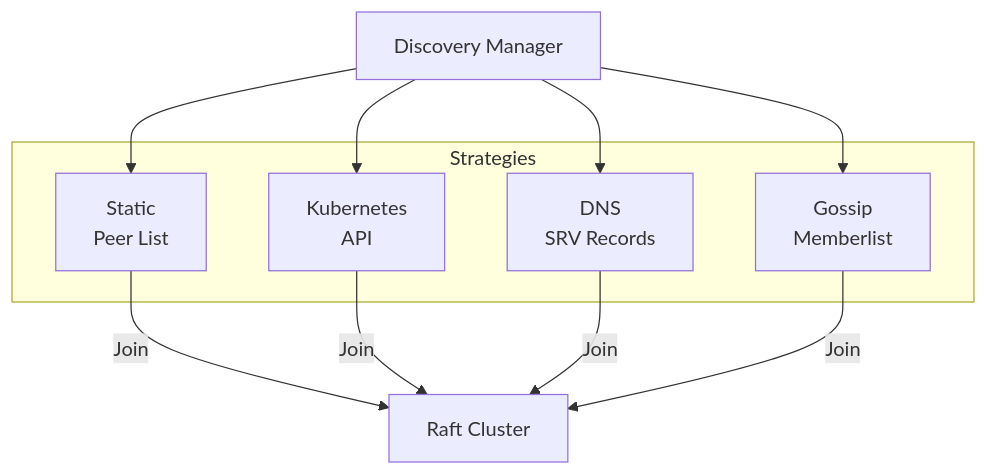
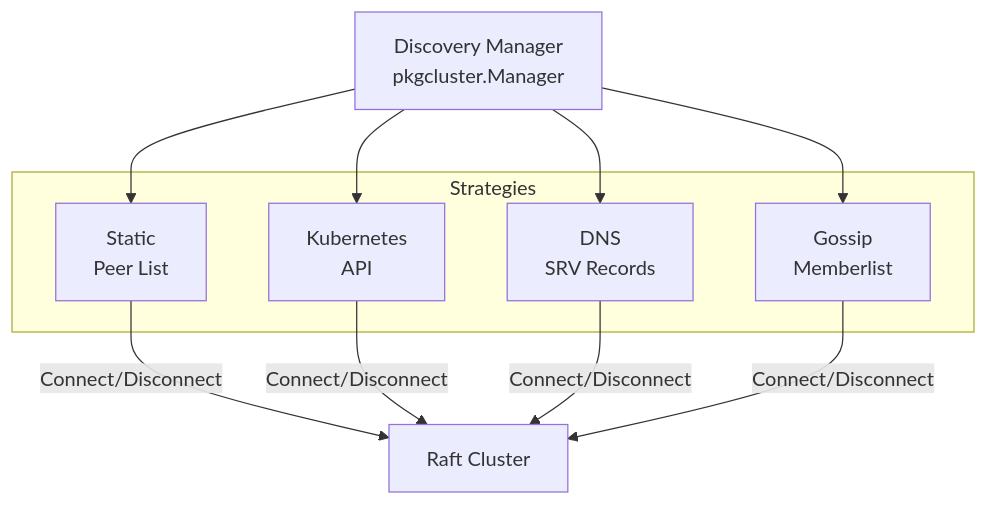
Before and after one commit to manudiv16/scheduled-db: the fourth of 20 diagrams in docs/architecture.md, drawn with Mermaid. The commit also changed other lines of this file and 11 other files, not shown here.

````diff
--- a/docs/architecture.md
+++ b/docs/architecture.md
@@ -205,21 +204,21 @@
 ```mermaid
 graph TB
-    DM[Discovery Manager]
-    
+    DM[Discovery Manager<br/>pkgcluster.Manager]
+
     subgraph "Strategies"
         STATIC[Static<br/>Peer List]
         K8S[Kubernetes<br/>API]
         DNS[DNS<br/>SRV Records]
         GOSSIP[Gossip<br/>Memberlist]
     end
-    
+
     DM --> STATIC
     DM --> K8S
     DM --> DNS
     DM --> GOSSIP
-    
-    STATIC -->|Join| RAFT[Raft Cluster]
-    K8S -->|Join| RAFT
-    DNS -->|Join| RAFT
-    GOSSIP -->|Join| RAFT
+
+    STATIC -->|Connect/Disconnect| RAFT[Raft Cluster]
+    K8S -->|Connect/Disconnect| RAFT
+    DNS -->|Connect/Disconnect| RAFT
+    GOSSIP -->|Connect/Disconnect| RAFT
 ```
````
